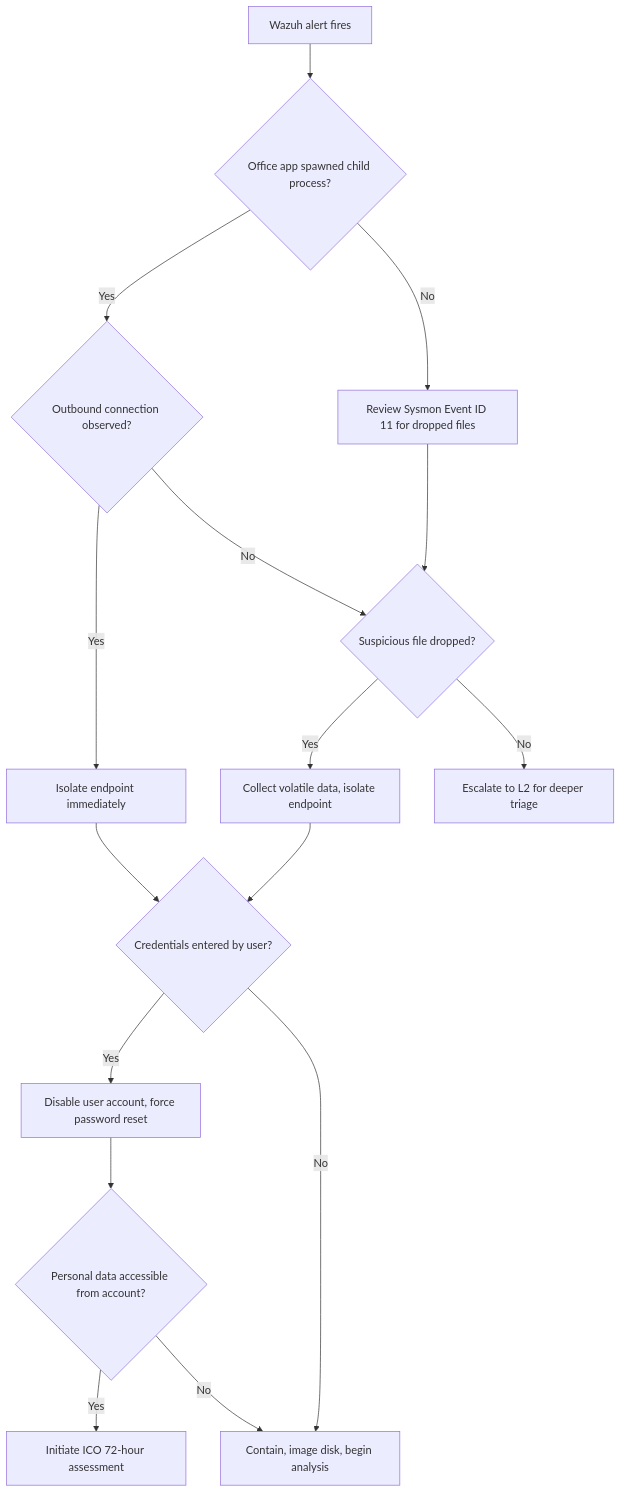
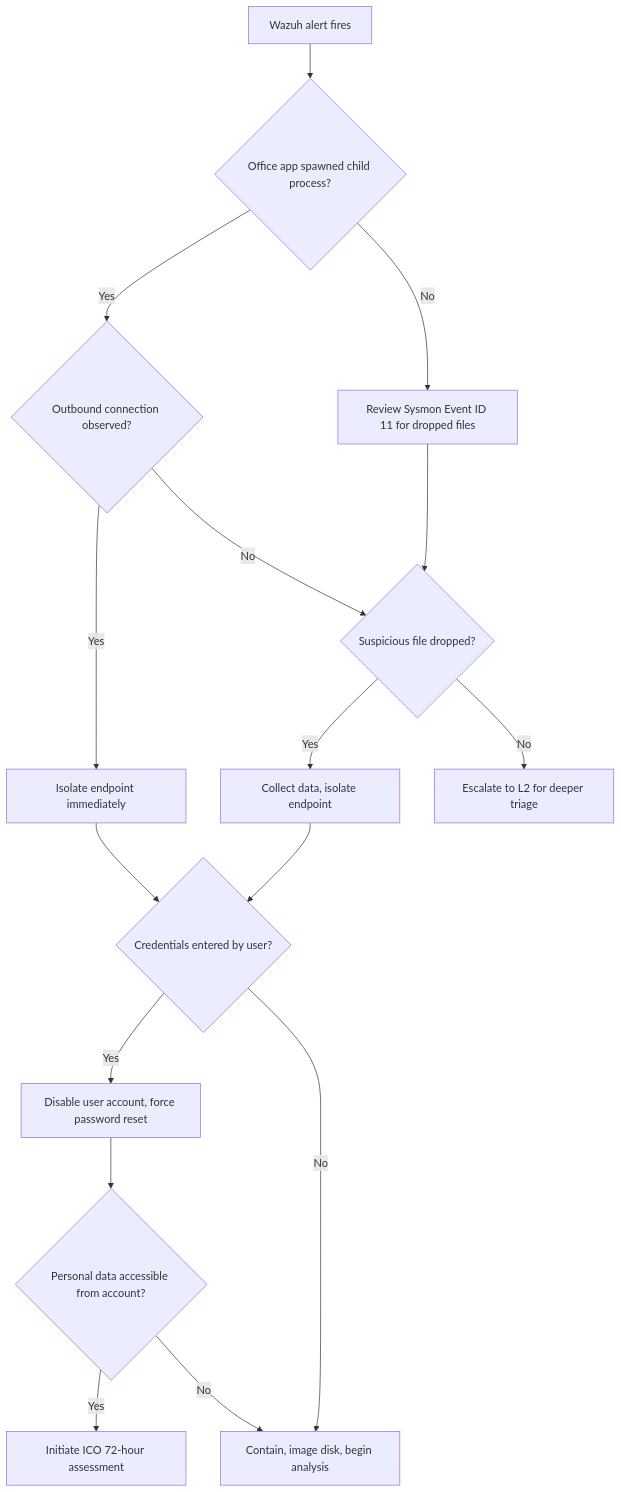
Before and after one commit to shoaibazadc/IR-Playbooks: the diagram in playbooks/phishing/playbook.md, drawn with Mermaid.

````diff
--- a/playbooks/phishing/playbook.md
+++ b/playbooks/phishing/playbook.md
@@ -34,18 +34,18 @@
 ```mermaid
 graph TD
     A[Wazuh alert fires] --> B{Office app spawned child process?}
     B -- Yes --> C{Outbound connection observed?}
     B -- No --> D[Review Sysmon Event ID 11 for dropped files]
     C -- Yes --> E[Isolate endpoint immediately]
     C -- No --> F{Suspicious file dropped?}
     D --> F
-    F -- Yes --> G[Collect volatile data, isolate endpoint]
+    F -- Yes --> G[Collect data, isolate endpoint]
     F -- No --> H[Escalate to L2 for deeper triage]
     E --> I{Credentials entered by user?}
     G --> I
     I -- Yes --> J[Disable user account, force password reset]
     I -- No --> K[Contain, image disk, begin analysis]
     J --> L{Personal data accessible from account?}
     L -- Yes --> M[Initiate ICO 72-hour assessment]
     L -- No --> K
 ```
````
